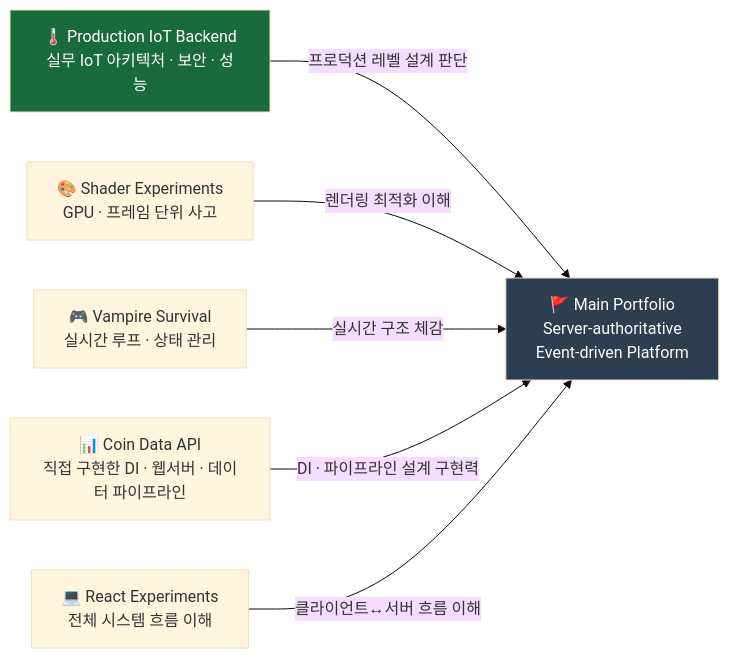
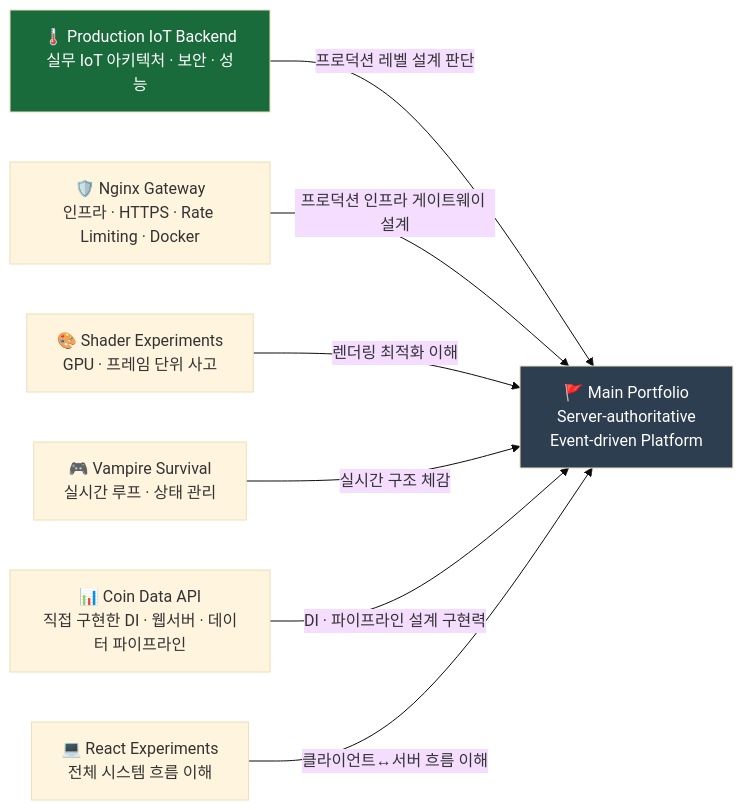
One commit to 1985jwlee/overview changed the fourth of 10 diagrams in README.md. Above: the diagram before and after it, drawn with Mermaid (base theme). The commit also changed other lines of this file, not shown here.

First line of the commit message:
Enhance README with Nginx Gateway details

````diff
--- a/README.md
+++ b/README.md
@@ -111,19 +111,22 @@
 ```mermaid
 graph LR
     MAIN["🚩 Main Portfolio<br/>Server-authoritative<br/>Event-driven Platform"]
 
     IOT["🌡️ Production IoT Backend<br/>실무 IoT 아키텍처 · 보안 · 성능"]
+    NGINX["🛡️ Nginx Gateway<br/>인프라 · HTTPS · Rate Limiting · Docker"]
+    
     SHADER["🎨 Shader Experiments<br/>GPU · 프레임 단위 사고"]
     VAMPIRE["🎮 Vampire Survival<br/>실시간 루프 · 상태 관리"]
     COIN["📊 Coin Data API<br/>직접 구현한 DI · 웹서버 · 데이터 파이프라인"]
     REACT["💻 React Experiments<br/>전체 시스템 흐름 이해"]
 
     IOT -->|프로덕션 레벨 설계 판단| MAIN
+    NGINX -->|프로덕션 인프라 게이트웨이 설계| MAIN
     SHADER -->|렌더링 최적화 이해| MAIN
     VAMPIRE -->|실시간 구조 체감| MAIN
     COIN -->|DI · 파이프라인 설계 구현력| MAIN
     REACT -->|클라이언트↔서버 흐름 이해| MAIN
 
     style MAIN fill:#2c3e50,color:#fff
     style IOT fill:#1a6b3c,color:#fff
 ```
````
